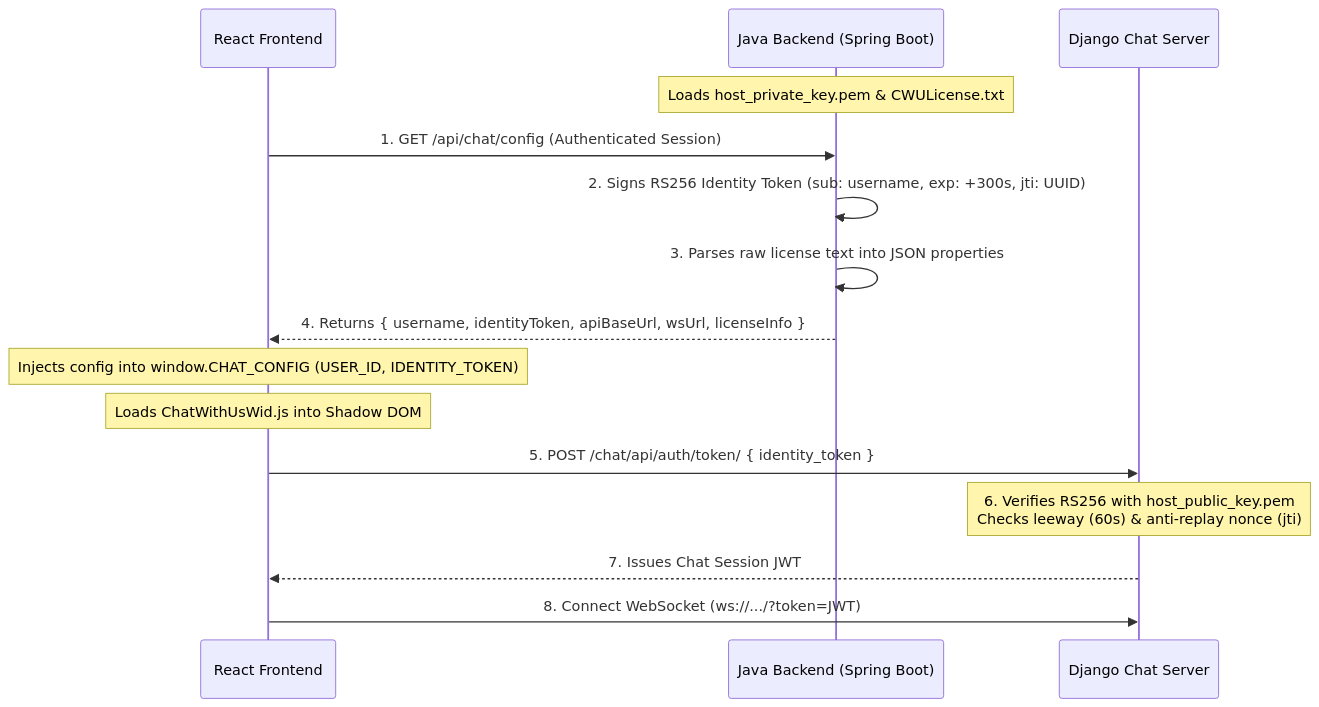
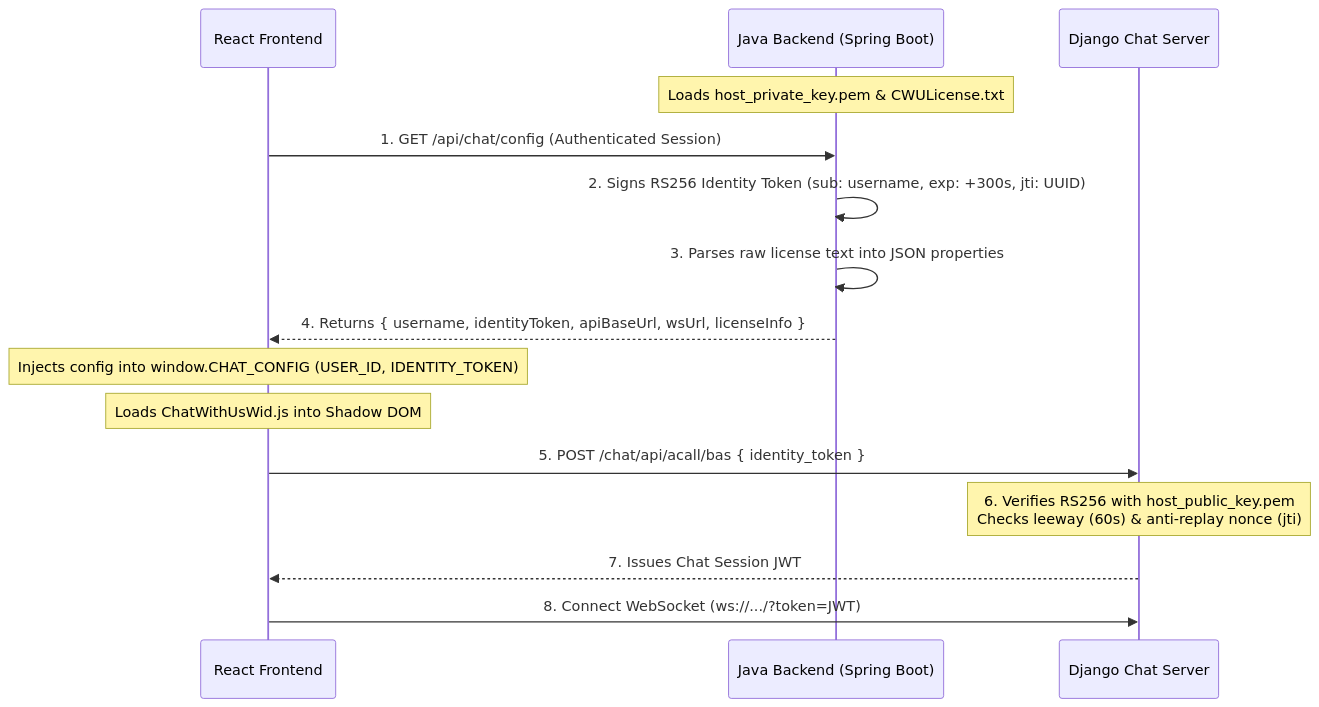
One commit to aman2000jaiswal14/CHATWITHUS changed the diagram in SWDOCS/React_Java_Integration_Guide.md. Above: the diagram before and after it, drawn with Mermaid. The commit also changed other lines of this file and 22 other files, not shown here.

````diff
--- a/SWDOCS/React_Java_Integration_Guide.md
+++ b/SWDOCS/React_Java_Integration_Guide.md
@@ -24,22 +24,22 @@
 ```mermaid
 sequenceDiagram
     participant React as React Frontend
     participant Java as Java Backend (Spring Boot)
     participant Django as Django Chat Server
 
     Note over Java: Loads host_private_key.pem & CWULicense.txt
     
     React->>Java: 1. GET /api/chat/config (Authenticated Session)
     Java->>Java: 2. Signs RS256 Identity Token (sub: username, exp: +300s, jti: UUID)
     Java->>Java: 3. Parses raw license text into JSON properties
     Java-->>React: 4. Returns { username, identityToken, apiBaseUrl, wsUrl, licenseInfo }
     
     Note over React: Injects config into window.CHAT_CONFIG (USER_ID, IDENTITY_TOKEN)
     Note over React: Loads ChatWithUsWid.js into Shadow DOM
     
-    React->>Django: 5. POST /chat/api/auth/token/ { identity_token }
+    React->>Django: 5. POST /chat/api/acall/bas { identity_token }
     Note over Django: 6. Verifies RS256 with host_public_key.pem<br/>Checks leeway (60s) & anti-replay nonce (jti)
     Django-->>React: 7. Issues Chat Session JWT
     
     React->>Django: 8. Connect WebSocket (ws://.../?token=JWT)
 ```
````
